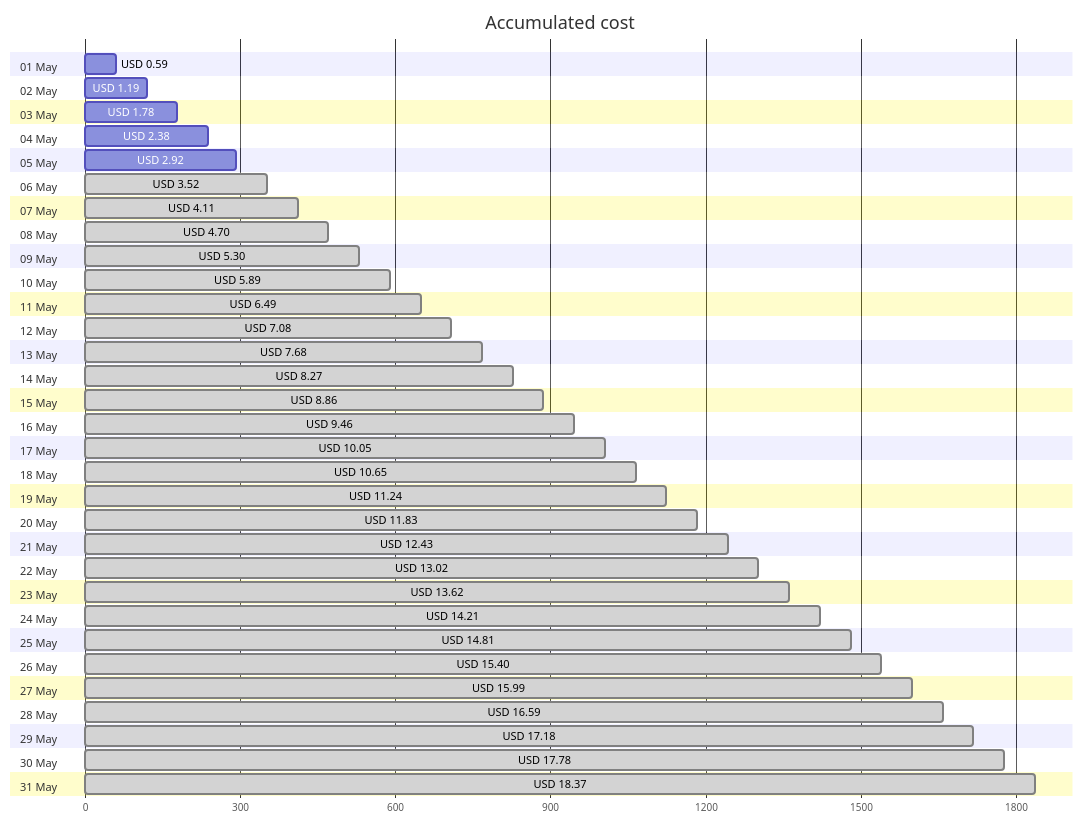
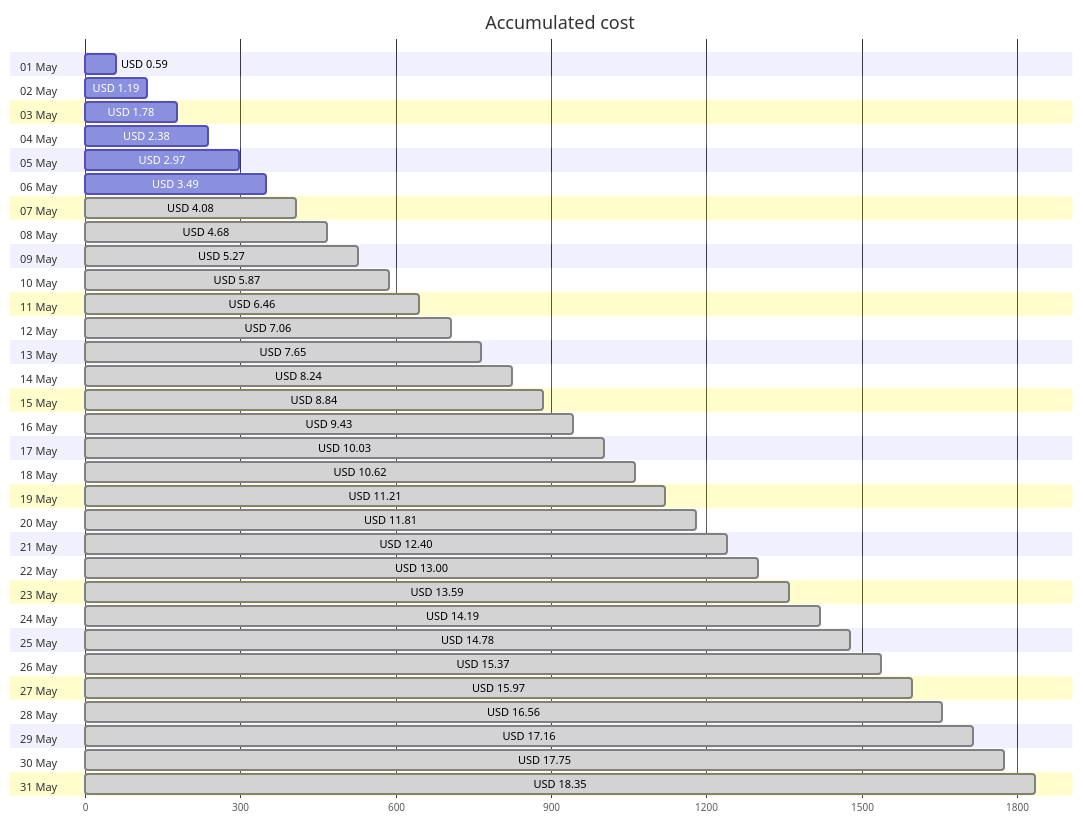
The first of 4 diagrams in cost-reports/personal-site/README.md (jpfulton/azure-personal-reports), drawn with Mermaid before and after one commit. The commit also changed other lines of this file and 6 other files, not shown here.

````diff
--- a/cost-reports/personal-site/README.md
+++ b/cost-reports/personal-site/README.md
@@ -20,68 +20,68 @@
 ```mermaid
 gantt
    title Accumulated cost
    dateFormat  X
    axisFormat %s
    section 01 May
    USD 0.59 :0, 59
    section 02 May
    USD 1.19 :0, 119
    section 03 May
    USD 1.78 :0, 178
    section 04 May
    USD 2.38 :0, 238
    section 05 May
-   USD 2.92 :0, 292
+   USD 2.97 :0, 297
    section 06 May
-   USD 3.52 : done, 0, 352
+   USD 3.49 :0, 349
    section 07 May
-   USD 4.11 : done, 0, 411
+   USD 4.08 : done, 0, 408
    section 08 May
-   USD 4.70 : done, 0, 470
+   USD 4.68 : done, 0, 468
    section 09 May
-   USD 5.30 : done, 0, 530
+   USD 5.27 : done, 0, 527
    section 10 May
-   USD 5.89 : done, 0, 589
+   USD 5.87 : done, 0, 587
    section 11 May
-   USD 6.49 : done, 0, 649
+   USD 6.46 : done, 0, 646
    section 12 May
-   USD 7.08 : done, 0, 708
+   USD 7.06 : done, 0, 706
    section 13 May
-   USD 7.68 : done, 0, 768
+   USD 7.65 : done, 0, 765
    section 14 May
-   USD 8.27 : done, 0, 827
+   USD 8.24 : done, 0, 824
    section 15 May
-   USD 8.86 : done, 0, 886
+   USD 8.84 : done, 0, 884
    section 16 May
-   USD 9.46 : done, 0, 946
+   USD 9.43 : done, 0, 943
    section 17 May
-   USD 10.05 : done, 0, 1005
+   USD 10.03 : done, 0, 1003
    section 18 May
-   USD 10.65 : done, 0, 1065
+   USD 10.62 : done, 0, 1062
    section 19 May
-   USD 11.24 : done, 0, 1124
+   USD 11.21 : done, 0, 1121
    section 20 May
-   USD 11.83 : done, 0, 1183
+   USD 11.81 : done, 0, 1181
    section 21 May
-   USD 12.43 : done, 0, 1243
+   USD 12.40 : done, 0, 1240
    section 22 May
-   USD 13.02 : done, 0, 1302
+   USD 13.00 : done, 0, 1300
    section 23 May
-   USD 13.62 : done, 0, 1362
+   USD 13.59 : done, 0, 1359
    section 24 May
-   USD 14.21 : done, 0, 1421
+   USD 14.19 : done, 0, 1419
    section 25 May
-   USD 14.81 : done, 0, 1481
+   USD 14.78 : done, 0, 1478
    section 26 May
-   USD 15.40 : done, 0, 1540
+   USD 15.37 : done, 0, 1537
    section 27 May
-   USD 15.99 : done, 0, 1599
+   USD 15.97 : done, 0, 1597
    section 28 May
-   USD 16.59 : done, 0, 1659
+   USD 16.56 : done, 0, 1656
    section 29 May
-   USD 17.18 : done, 0, 1718
+   USD 17.16 : done, 0, 1716
    section 30 May
-   USD 17.78 : done, 0, 1778
+   USD 17.75 : done, 0, 1775
    section 31 May
-   USD 18.37 : done, 0, 1837
+   USD 18.35 : done, 0, 1835
 ```
````
